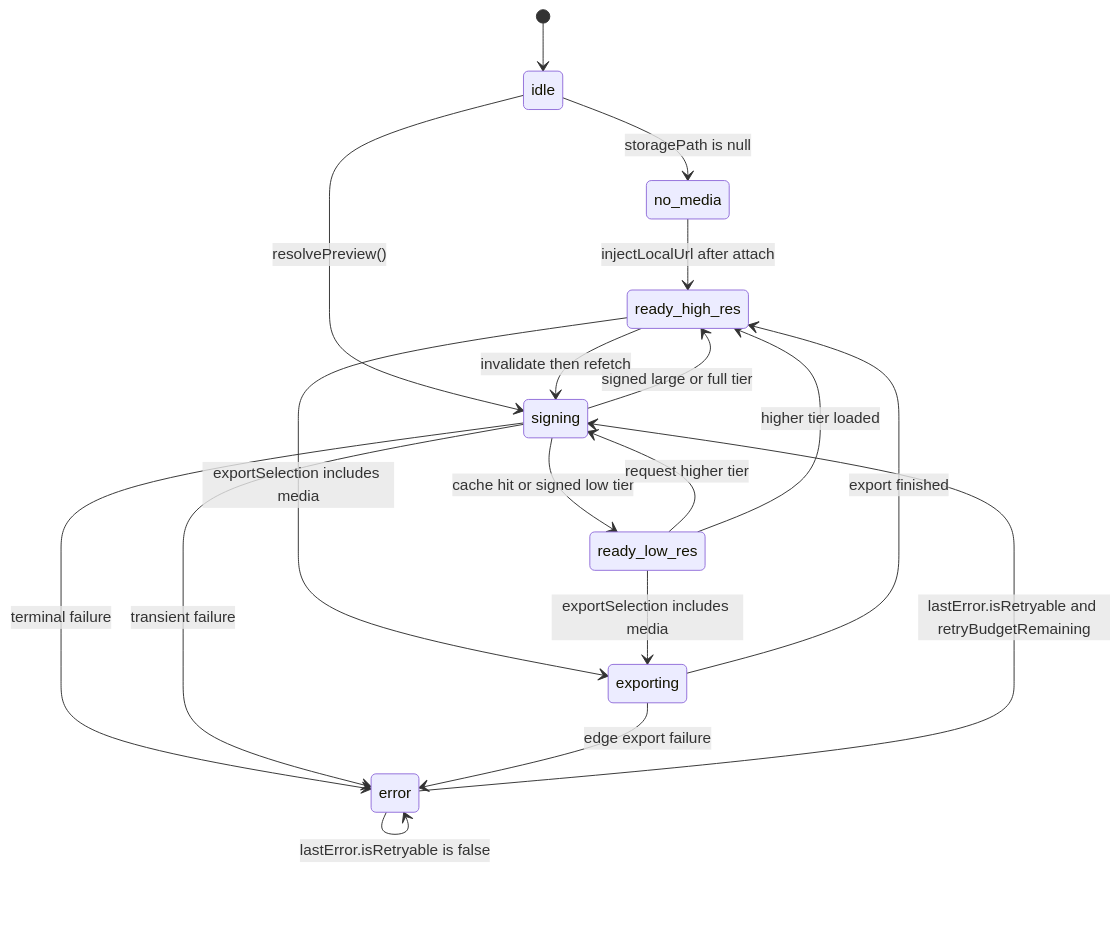
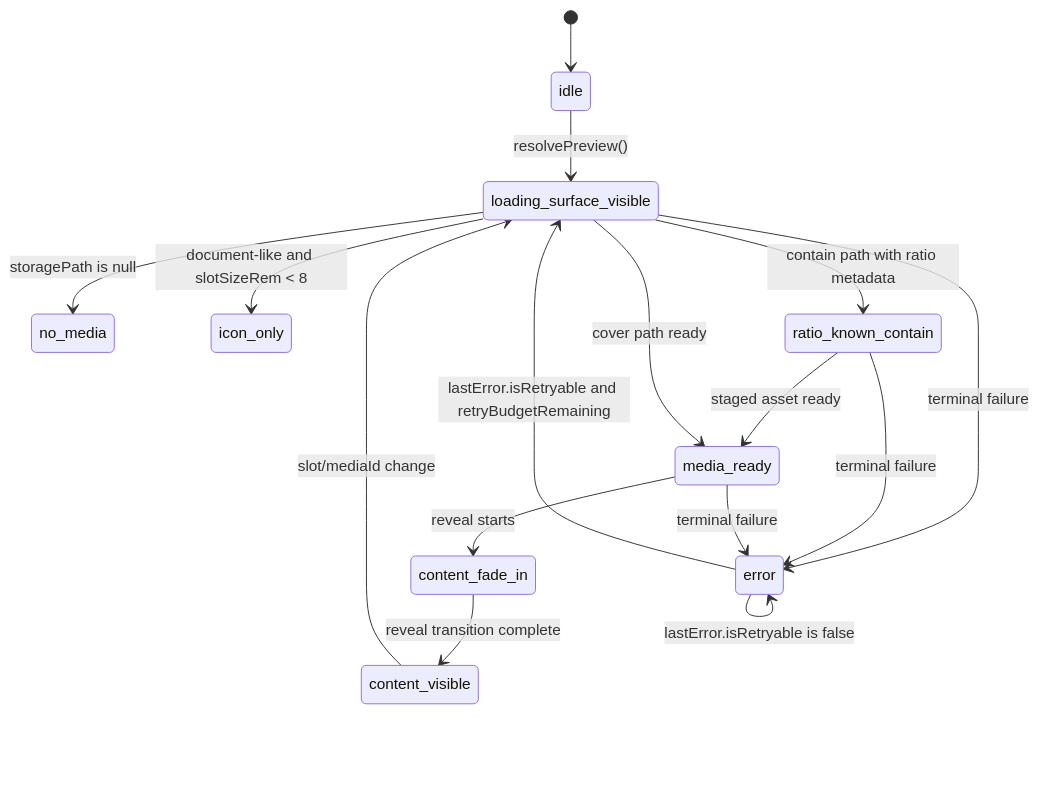
Before and after one commit to matkleve/feldpost: the third of 3 diagrams in docs/specs/service/media-download-service/media-download-service.md, drawn with Mermaid. The commit also changed other lines of this file and 3 other files, not shown here.

````diff
--- a/docs/specs/service/media-download-service/media-download-service.md
+++ b/docs/specs/service/media-download-service/media-download-service.md
@@ -251,20 +264,18 @@
 ```mermaid
 stateDiagram-v2
   [*] --> idle
-  idle --> no_media: storagePath is null
-  idle --> signing: resolvePreview()
-  signing --> ready_low_res: cache hit or signed low tier
-  signing --> ready_high_res: signed large or full tier
-  signing --> error: terminal failure
-  signing --> error: transient failure
-  ready_low_res --> signing: request higher tier
-  ready_low_res --> ready_high_res: higher tier loaded
-  ready_high_res --> signing: invalidate then refetch
-  ready_high_res --> exporting: exportSelection includes media
-  ready_low_res --> exporting: exportSelection includes media
-  exporting --> ready_high_res: export finished
-  exporting --> error: edge export failure
-  no_media --> ready_high_res: injectLocalUrl after attach
-  error --> signing: lastError.isRetryable and retryBudgetRemaining
+  idle --> loading_surface_visible: resolvePreview()
+  loading_surface_visible --> no_media: storagePath is null
+  loading_surface_visible --> icon_only: document-like and slotSizeRem < 8
+  loading_surface_visible --> ratio_known_contain: contain path with ratio metadata
+  ratio_known_contain --> media_ready: staged asset ready
+  loading_surface_visible --> media_ready: cover path ready
+  media_ready --> content_fade_in: reveal starts
+  content_fade_in --> content_visible: reveal transition complete
+  loading_surface_visible --> error: terminal failure
+  ratio_known_contain --> error: terminal failure
+  media_ready --> error: terminal failure
+  content_visible --> loading_surface_visible: slot/mediaId change
+  error --> loading_surface_visible: lastError.isRetryable and retryBudgetRemaining
   error --> error: lastError.isRetryable is false
 ```
````
